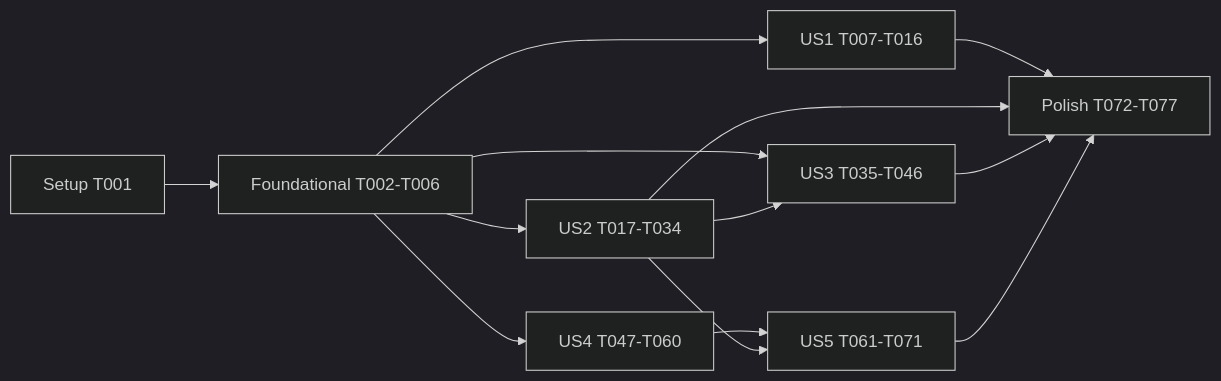
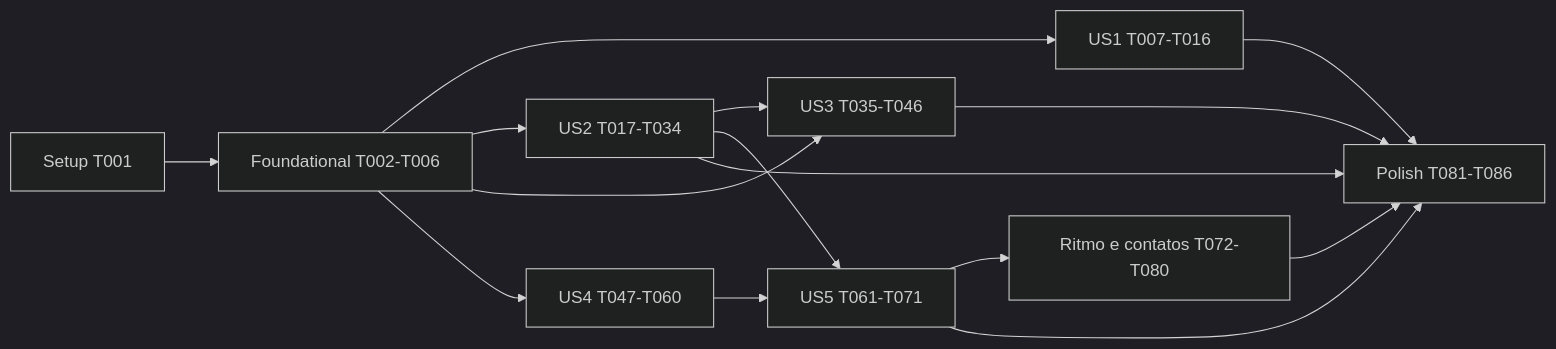
The diagram in specs/004-core-hardening/tasks.md (dantasgut/clayflow), drawn with Mermaid (dark theme) before and after one commit. The commit also changed other lines of this file and 5 other files, not shown here.

First line of the commit message:
docs(spec): ritmo de quadros e contatos compactados do LCP na 004 (FR-031/FR-032)

````diff
--- a/specs/004-core-hardening/tasks.md
+++ b/specs/004-core-hardening/tasks.md
@@ -216,15 +238,17 @@
 ```mermaid
 graph LR
   S[Setup T001] --> F[Foundational T002-T006]
   F --> US1[US1 T007-T016]
   F --> US2[US2 T017-T034]
   F --> US3[US3 T035-T046]
   US2 --> US3
   F --> US4[US4 T047-T060]
   US4 --> US5[US5 T061-T071]
   US2 --> US5
-  US1 --> P[Polish T072-T077]
+  US5 --> R[Ritmo e contatos T072-T080]
+  R --> P
+  US1 --> P[Polish T081-T086]
   US2 --> P
   US3 --> P
   US5 --> P
 ```
````
